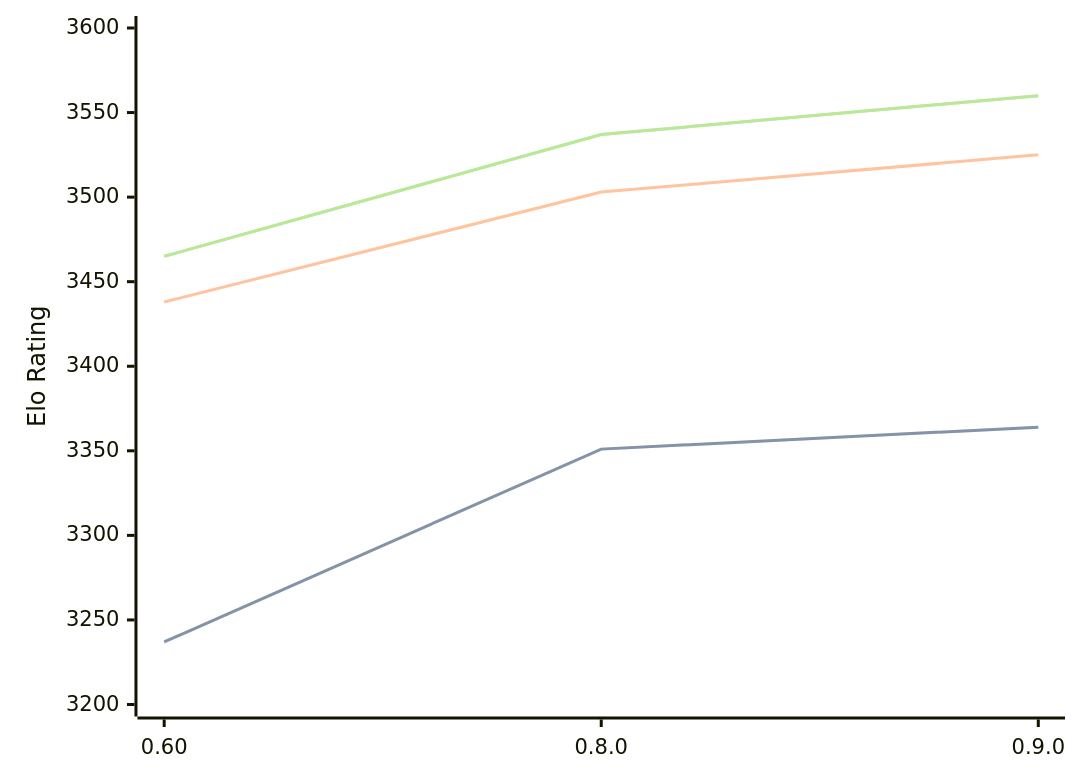
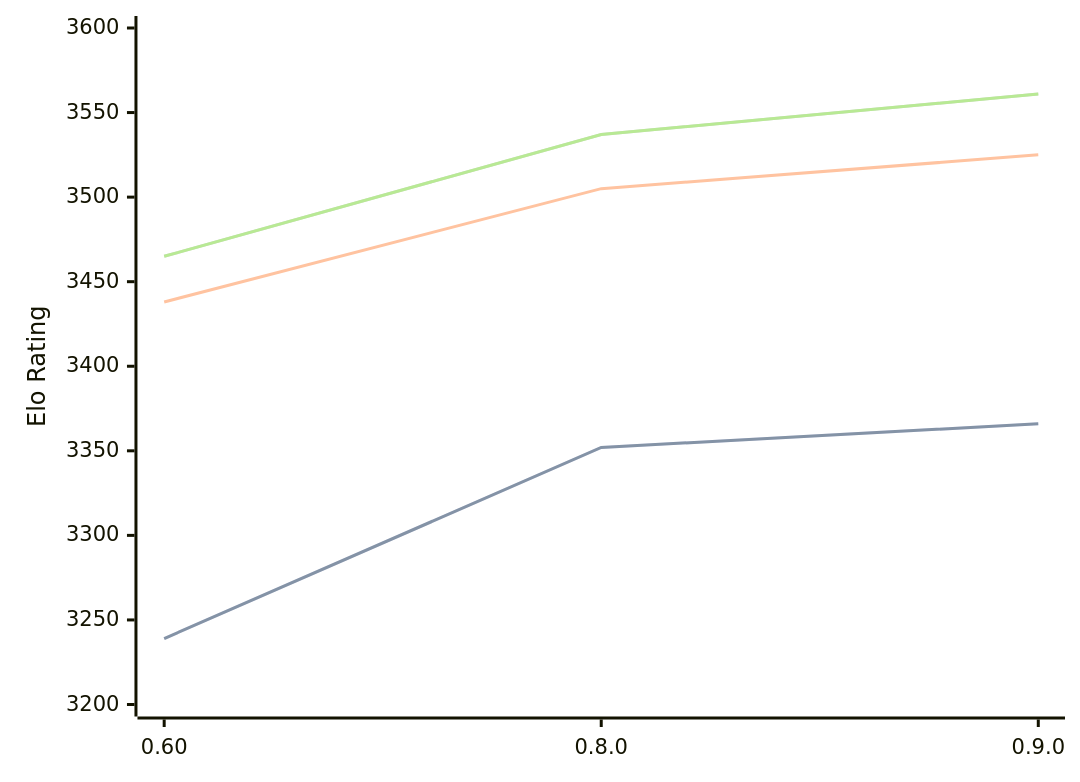
The diagram in engines/Motor.md (computer-chess-index/cci), drawn with Mermaid before and after one commit. The commit also changed other lines of this file, not shown here.

Commit message:
Update CCI Ratings (ELO VLTC) - 2026-04-13

````diff
--- a/engines/Motor.md
+++ b/engines/Motor.md
@@ -39,11 +39,11 @@
 ```mermaid
 %%{init: {"theme":"base","themeVariables":{"seriesColors:['#a3a3a3','#222221','#faa371']}}}%%
 xychart-beta
   x-axis ["0.60", "0.8.0", "0.9.0"]
   y-axis "Elo Rating" 3200 --> 3600
-  line "STC (8.0+0.08s)" [3237, 3351, 3364]
-  line "STC (8.0+0.08s)" [3237, 3351, 3364]
-  line "LTC (60.0+0.60s)" [3438, 3503, 3525]
-  line "VLTC (2m24s+1.12s)" [3465, 3537, 3560]
-  line "VLTC (2m24s+1.12s)" [3465, 3537, 3560]
+  line "STC (8.0+0.08s)" [3239, 3352, 3366]
+  line "STC (8.0+0.08s)" [3239, 3352, 3366]
+  line "LTC (60.0+0.60s)" [3438, 3505, 3525]
+  line "VLTC (2m24s+1.12s)" [3465, 3537, 3561]
+  line "VLTC (2m24s+1.12s)" [3465, 3537, 3561]
 ```
````
